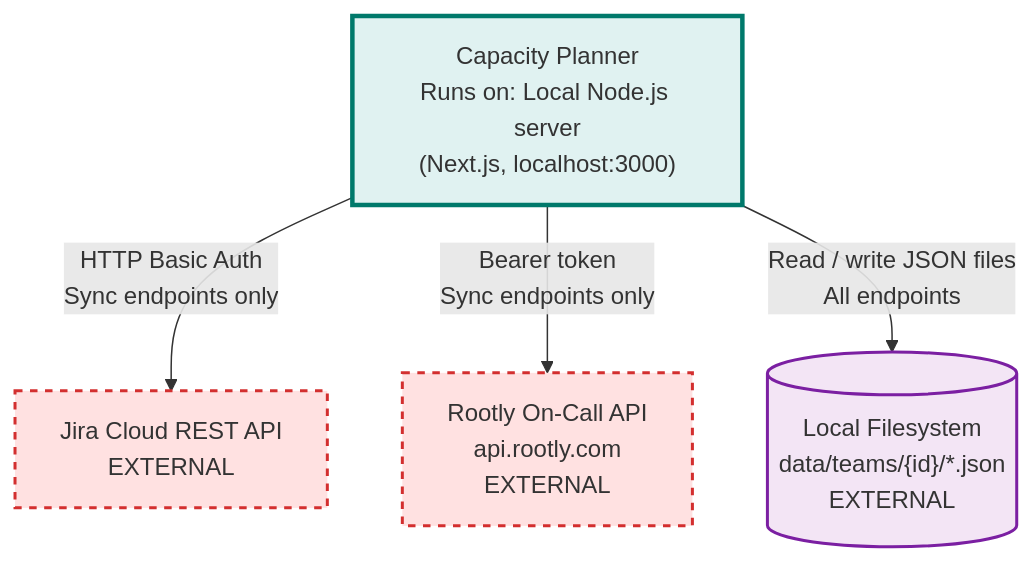
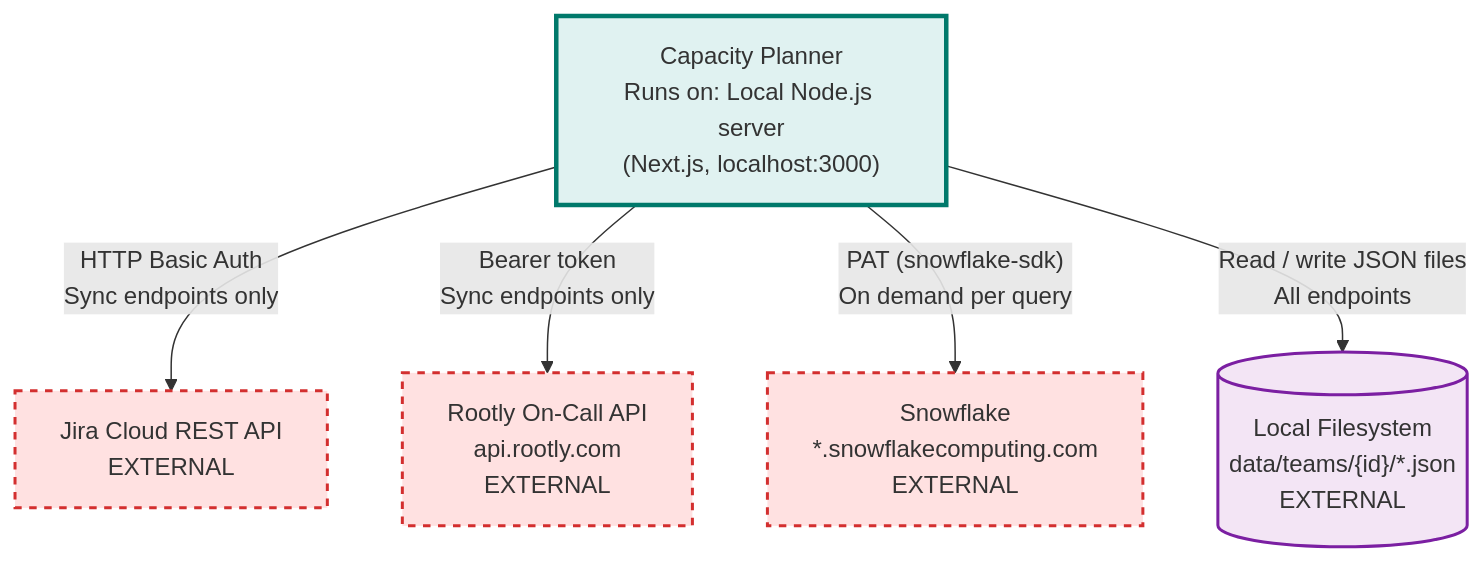
The diagram in ARCHITECTURE.md (ritatinoco/manager-notebook), drawn with Mermaid before and after one commit. The commit also changed other lines of this file and 13 other files, not shown here.

````diff
--- a/ARCHITECTURE.md
+++ b/ARCHITECTURE.md
@@ -16,20 +16,22 @@
 ```mermaid
 graph TB
     App["Capacity Planner<br/>Runs on: Local Node.js server<br/>(Next.js, localhost:3000)"]
 
     Jira["Jira Cloud REST API<br/>EXTERNAL"]
     Rootly["Rootly On-Call API<br/>api.rootly.com<br/>EXTERNAL"]
+    Snowflake["Snowflake<br/>*.snowflakecomputing.com<br/>EXTERNAL"]
     FS[("Local Filesystem<br/>data/teams/{id}/*.json<br/>EXTERNAL")]
 
     App -->|"HTTP Basic Auth<br/>Sync endpoints only"| Jira
     App -->|"Bearer token<br/>Sync endpoints only"| Rootly
+    App -->|"PAT (snowflake-sdk)<br/>On demand per query"| Snowflake
     App -->|"Read / write JSON files<br/>All endpoints"| FS
 
     classDef thisRepo fill:#e0f2f1,stroke:#00796b,stroke-width:3px
     classDef external fill:#ffe1e1,stroke:#d32f2f,stroke-width:2px,stroke-dasharray: 5 5
     classDef database fill:#f3e5f5,stroke:#7b1fa2,stroke-width:2px
 
     class App thisRepo
-    class Jira,Rootly external
+    class Jira,Rootly,Snowflake external
     class FS database
 ```
````
